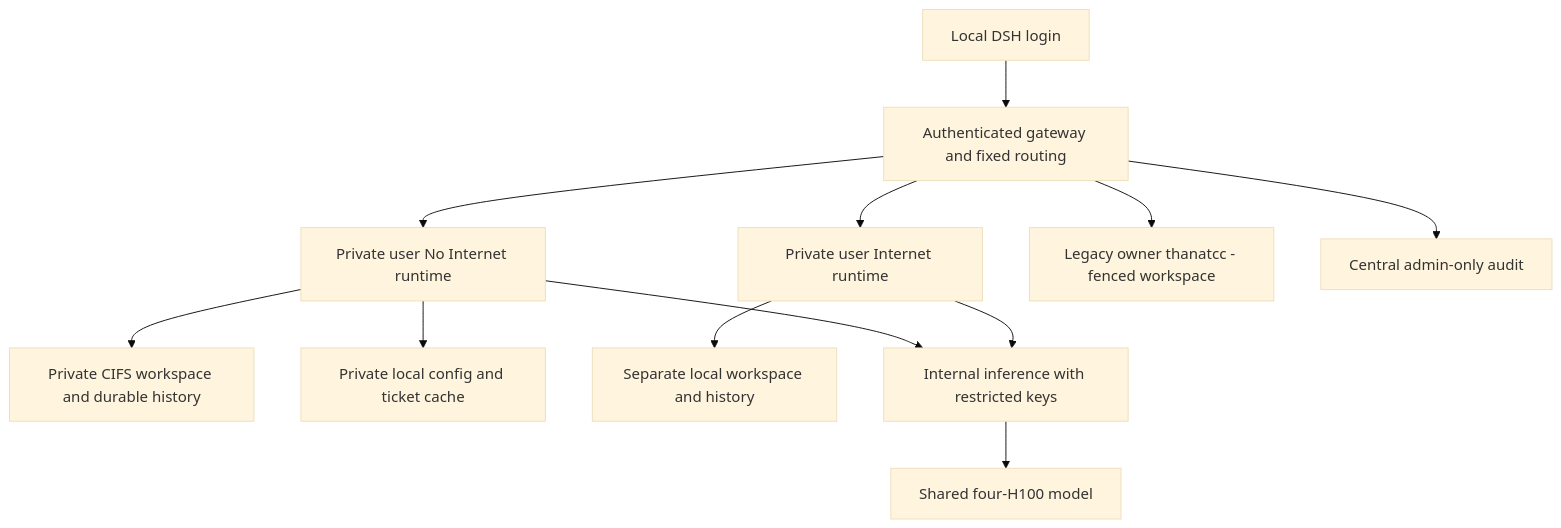
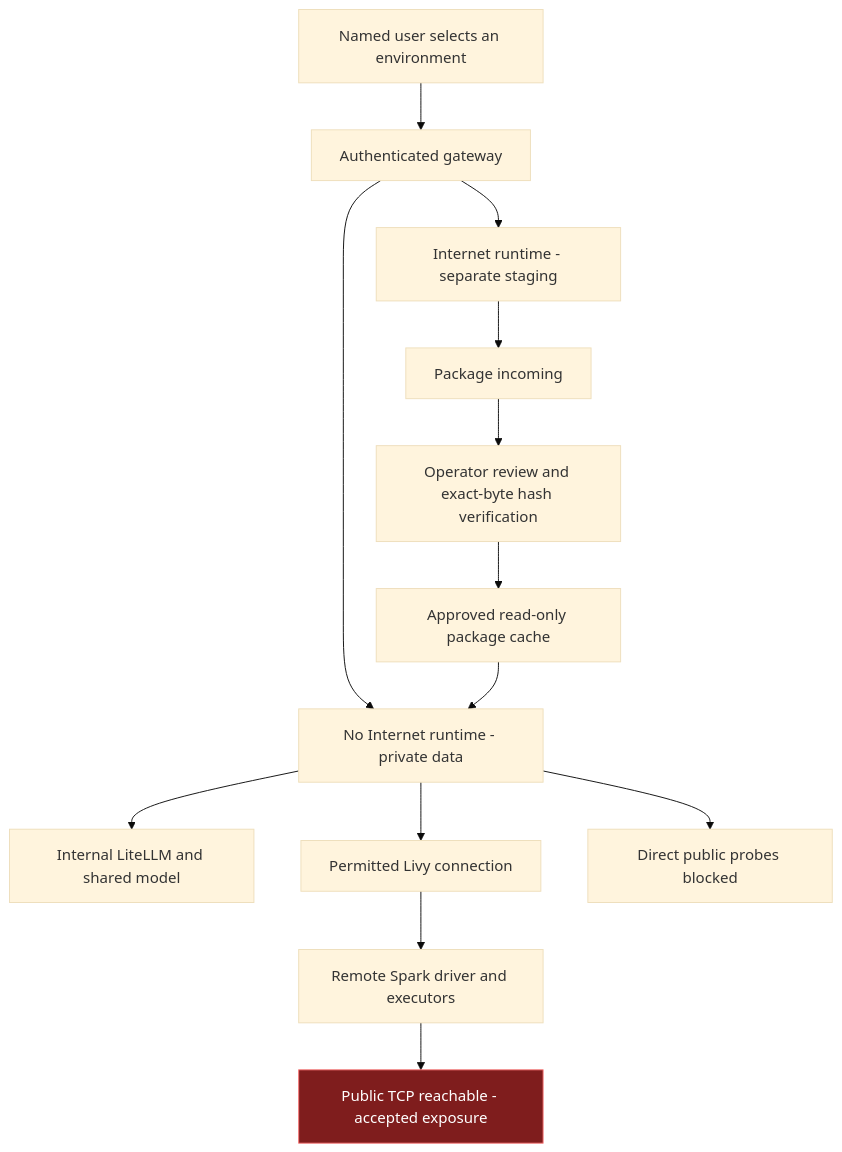
The first of 3 diagrams in docs/DSH_RDT_PILOT_SECURITY_CONTROL_ASSESSMENT.md (skunpoj/dsh_setup), drawn with Mermaid (base theme) before and after one commit. The commit also changed other lines of this file and 6 other files, not shown here.

````diff
--- a/docs/DSH_RDT_PILOT_SECURITY_CONTROL_ASSESSMENT.md
+++ b/docs/DSH_RDT_PILOT_SECURITY_CONTROL_ASSESSMENT.md
@@ -31,14 +35,17 @@
 ```mermaid
 flowchart TB
- U[Local DSH login] --> G[Authenticated gateway and fixed routing]
- G --> S[Private user No Internet runtime]
- G --> I[Private user Internet runtime]
- G --> A[Legacy owner thanatcc - fenced workspace]
- S --> C[Private CIFS workspace and durable history]
- S --> K[Private local config and ticket cache]
- I --> W[Separate local workspace and history]
- G --> AU[Central admin-only audit]
- S --> L[Internal inference with restricted keys]
- I --> L
- L --> GPU[Shared four-H100 model]
+ U[Named user selects an environment] --> G[Authenticated gateway]
+ G --> S[No Internet runtime - private data]
+ G --> I[Internet runtime - separate staging]
+ S --> M[Internal LiteLLM and shared model]
+ S --> L[Permitted Livy connection]
+ L --> R[Remote Spark driver and executors]
+ R --> E[Public TCP reachable - accepted exposure]
+ S --> B[Direct public probes blocked]
+ I --> P[Package incoming]
+ P --> V[Operator review and exact-byte hash verification]
+ V --> C[Approved read-only package cache]
+ C --> S
+ classDef exposure fill:#7f1d1d,stroke:#f87171,color:#ffffff
+ class E exposure
 ```
````
